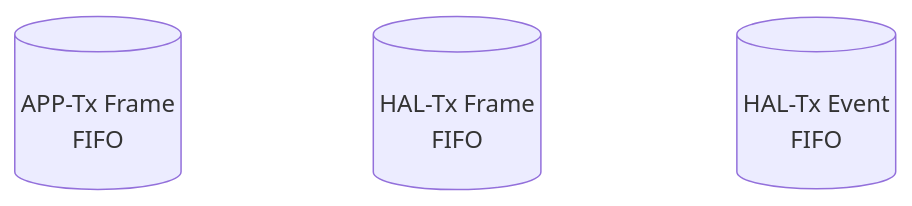
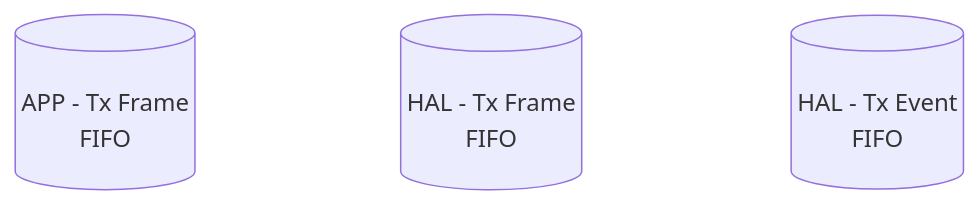
Before and after one commit to Nakakiyo092/usb2canfdv1: the seventh of 8 diagrams in doc/7.-Buffer-Strategy.md, drawn with Mermaid. The commit also changed other lines of this file, not shown here.

Commit message:
Update Buffer Strategy documentation with diagrams

````diff
--- a/doc/7.-Buffer-Strategy.md
+++ b/doc/7.-Buffer-Strategy.md
@@ -36,5 +73,5 @@
 ```mermaid
 block
   columns 6
-  space  FR[("<br>APP-Tx Frame<br>FIFO")]  space  TX[("<br>HAL-Tx Frame<br>FIFO")]  space  EV[("<br>HAL-Tx Event<br>FIFO")]
+  space  FR[("<br>APP - Tx Frame<br>FIFO")]  space  TX[("<br>HAL - Tx Frame<br>FIFO")]  space  EV[("<br>HAL - Tx Event<br>FIFO")]
 ```
````
